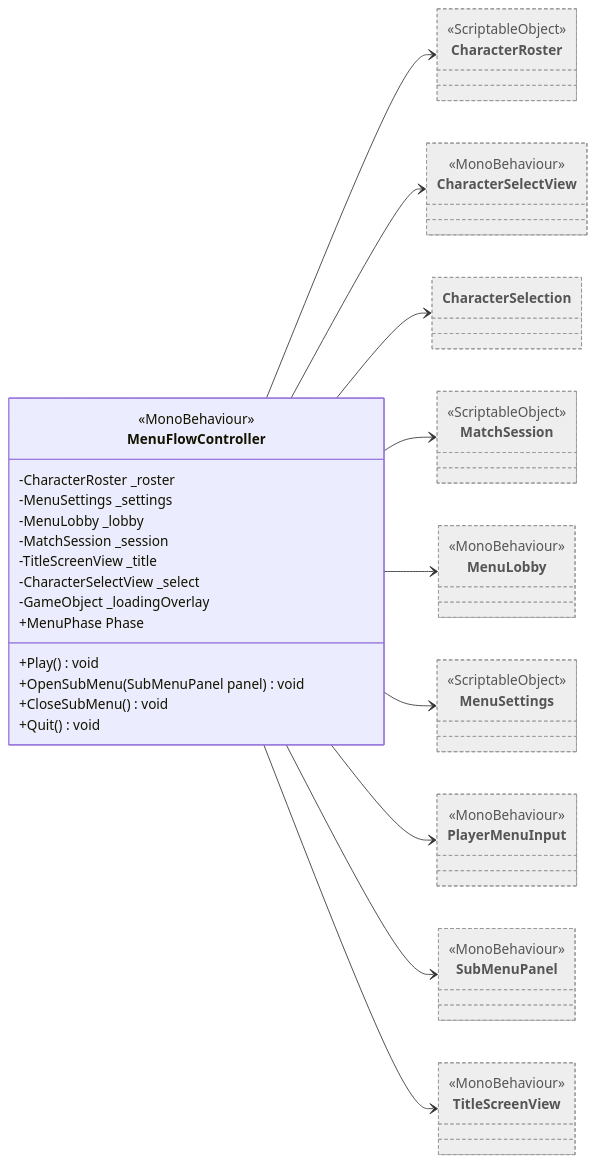
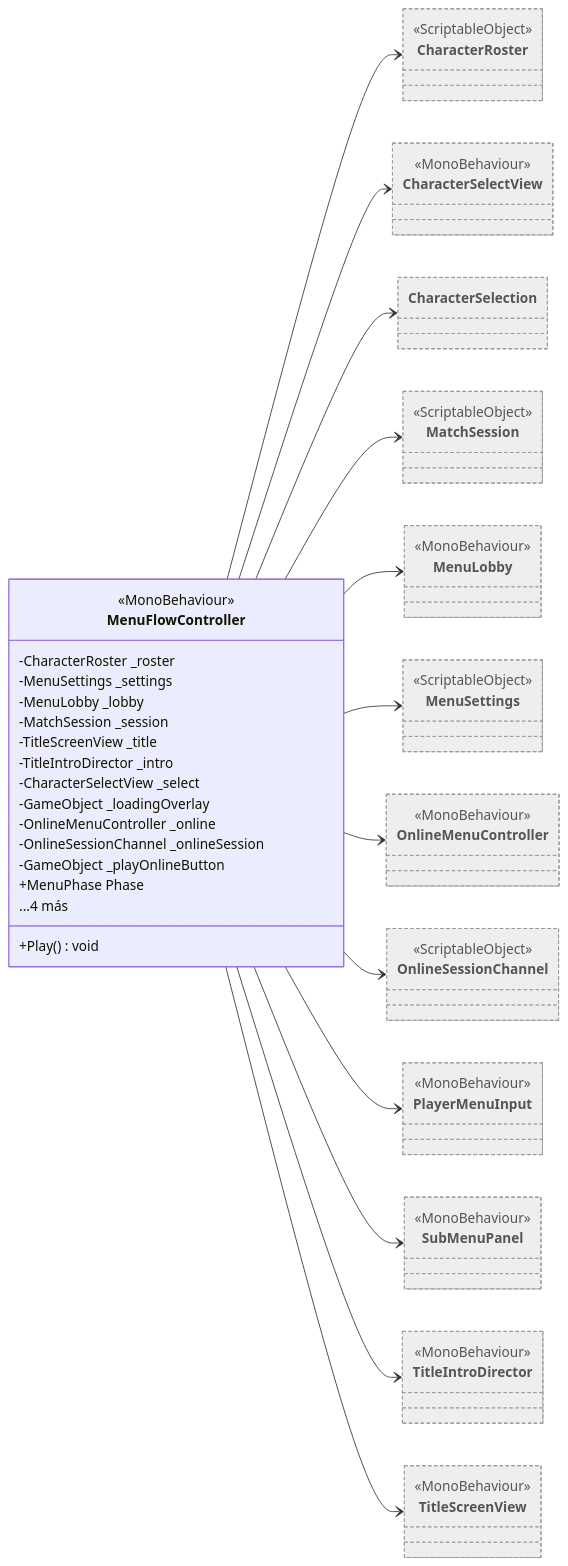
Before and after one commit to Chacashi/Alien-Farms: the diagram in Docs/Arquitectura/Clases/Menu/MenuFlowController.md, drawn with Mermaid. The commit also changed other lines of this file and 257 other files, not shown here.

````diff
--- a/Docs/Arquitectura/Clases/Menu/MenuFlowController.md
+++ b/Docs/Arquitectura/Clases/Menu/MenuFlowController.md
@@ -18,46 +18,57 @@
 ```mermaid
 classDiagram
   direction LR
   class MenuFlowController {
     <<MonoBehaviour>>
     -CharacterRoster _roster
     -MenuSettings _settings
     -MenuLobby _lobby
     -MatchSession _session
     -TitleScreenView _title
+    -TitleIntroDirector _intro
     -CharacterSelectView _select
     -GameObject _loadingOverlay
+    -OnlineMenuController _online
+    -OnlineSessionChannel _onlineSession
+    -GameObject _playOnlineButton
     +MenuPhase Phase
     +Play() void
-    +OpenSubMenu(SubMenuPanel panel) void
-    +CloseSubMenu() void
-    +Quit() void
+    ...4 más
   }
   class CharacterRoster:::external
   <<ScriptableObject>> CharacterRoster
   class CharacterSelectView:::external
   <<MonoBehaviour>> CharacterSelectView
   class CharacterSelection:::external
   class MatchSession:::external
   <<ScriptableObject>> MatchSession
   class MenuLobby:::external
   <<MonoBehaviour>> MenuLobby
   class MenuSettings:::external
   <<ScriptableObject>> MenuSettings
+  class OnlineMenuController:::external
+  <<MonoBehaviour>> OnlineMenuController
+  class OnlineSessionChannel:::external
+  <<ScriptableObject>> OnlineSessionChannel
   class PlayerMenuInput:::external
   <<MonoBehaviour>> PlayerMenuInput
   class SubMenuPanel:::external
   <<MonoBehaviour>> SubMenuPanel
+  class TitleIntroDirector:::external
+  <<MonoBehaviour>> TitleIntroDirector
   class TitleScreenView:::external
   <<MonoBehaviour>> TitleScreenView
   MenuFlowController --> CharacterRoster
   MenuFlowController --> CharacterSelectView
   MenuFlowController --> CharacterSelection
   MenuFlowController --> MatchSession
   MenuFlowController --> MenuLobby
   MenuFlowController --> MenuSettings
+  MenuFlowController --> OnlineMenuController
+  MenuFlowController --> OnlineSessionChannel
   MenuFlowController --> PlayerMenuInput
   MenuFlowController --> SubMenuPanel
+  MenuFlowController --> TitleIntroDirector
   MenuFlowController --> TitleScreenView
   classDef external fill:#eee,stroke:#999,stroke-dasharray: 4 3,color:#555
 ```
````
